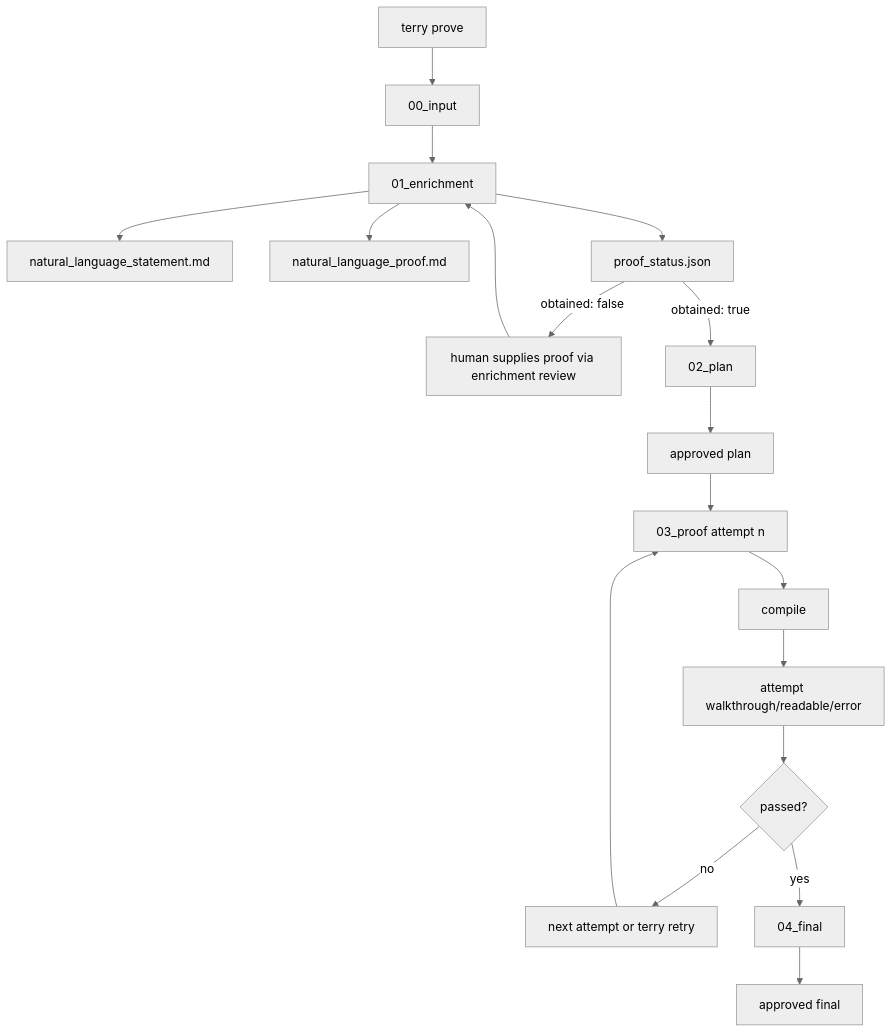
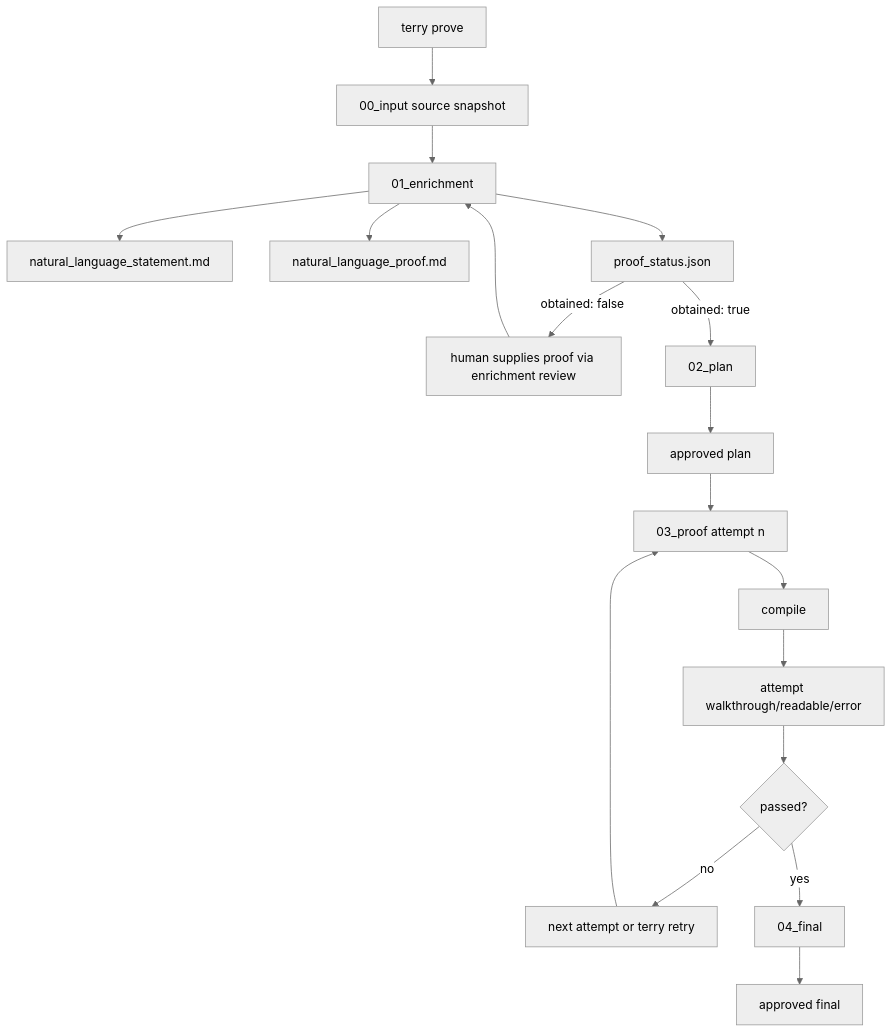
Before and after one commit to Zhi0467/agent-assisted-lean-formalization-engine: the diagram in docs/architecture.md, drawn with Mermaid (neutral theme). The commit also changed other lines of this file and 328 other files, not shown here.

````diff
--- a/docs/architecture.md
+++ b/docs/architecture.md
@@ -14,20 +14,20 @@
 ```mermaid
 flowchart TD
-    A[terry prove] --> B[00_input]
+    A[terry prove] --> B[00_input source snapshot]
     B --> C[01_enrichment]
     C --> C1[natural_language_statement.md]
     C --> C2[natural_language_proof.md]
     C --> C3[proof_status.json]
     C3 -->|obtained: false| C4[human supplies proof via enrichment review]
     C4 --> C
     C3 -->|obtained: true| D[02_plan]
     D --> E[approved plan]
     E --> F[03_proof attempt n]
     F --> G[compile]
     G --> H[attempt walkthrough/readable/error]
     H --> I{passed?}
     I -->|no| J[next attempt or terry retry]
     J --> F
     I -->|yes| K[04_final]
     K --> L[approved final]
 ```
````
